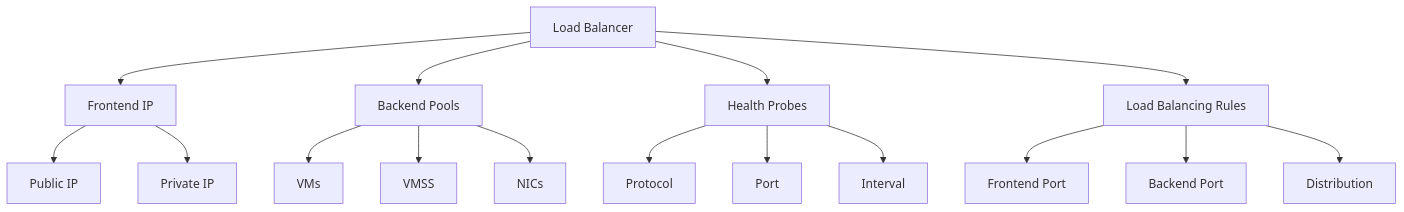
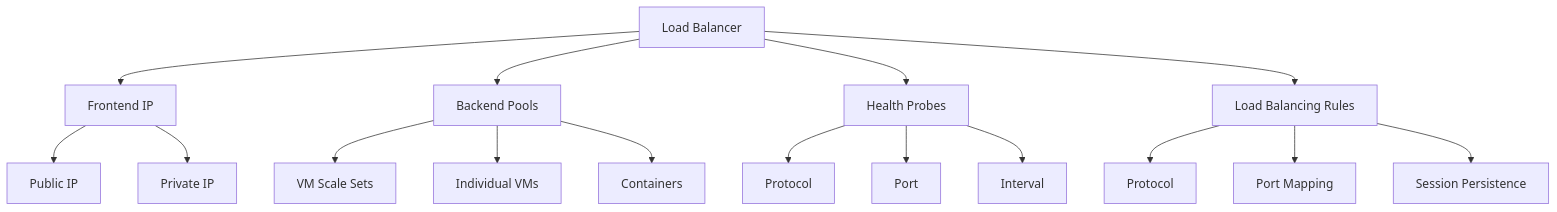
One commit to saravanakumarrc/Architecture_Journey changed the first of 18 diagrams in src/azure/az-104/Load_Balancing.md. Above: the diagram before and after it, drawn with Mermaid. The commit also changed other lines of this file and 6 other files, not shown here.

````diff
--- a/src/azure/az-104/Load_Balancing.md
+++ b/src/azure/az-104/Load_Balancing.md
@@ -10,22 +10,22 @@
 ```mermaid
 graph TB
     A[Load Balancer] --> B[Frontend IP]
     A --> C[Backend Pools]
     A --> D[Health Probes]
     A --> E[Load Balancing Rules]
     
     B --> B1[Public IP]
     B --> B2[Private IP]
     
-    C --> C1[VMs]
-    C --> C2[VMSS]
-    C --> C3[NICs]
+    C --> C1[VM Scale Sets]
+    C --> C2[Individual VMs]
+    C --> C3[Containers]
     
     D --> D1[Protocol]
     D --> D2[Port]
     D --> D3[Interval]
     
-    E --> E1[Frontend Port]
-    E --> E2[Backend Port]
-    E --> E3[Distribution]
+    E --> E1[Protocol]
+    E --> E2[Port Mapping]
+    E --> E3[Session Persistence]
 ```
````
